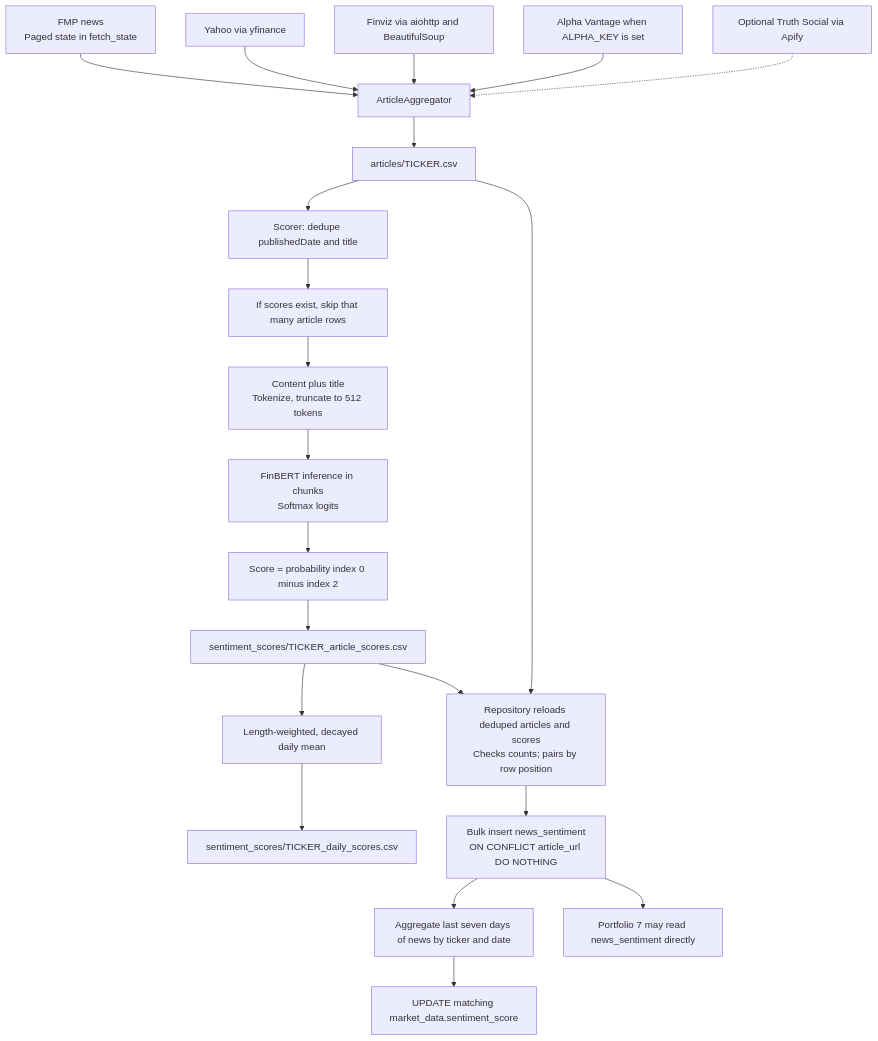
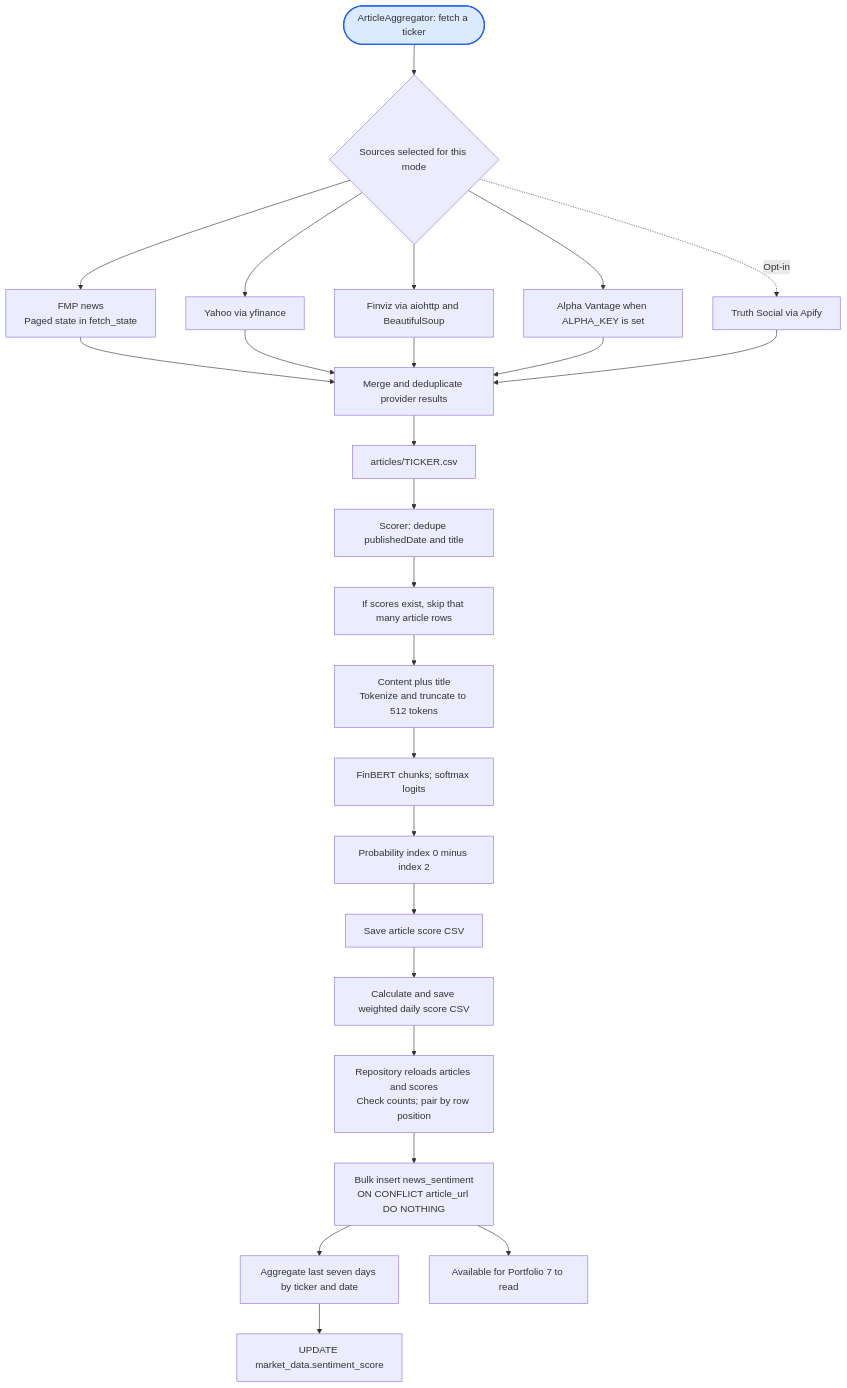
Before and after one commit to MUNQuantSociety/MQSMaster: the second of 3 diagrams in NLP/WORKFLOW.md, drawn with Mermaid. The commit also changed other lines of this file and 12 other files, not shown here.

Commit message:
docs: make workflow diagrams top-down hierarchies

````diff
--- a/NLP/WORKFLOW.md
+++ b/NLP/WORKFLOW.md
@@ -41,23 +42,28 @@
 ```mermaid
 flowchart TD
-    FMP["FMP news<br/>Paged state in fetch_state"] --> AGG["ArticleAggregator"]
-    YAHOO["Yahoo via yfinance"] --> AGG
-    FINVIZ["Finviz via aiohttp and BeautifulSoup"] --> AGG
-    ALPHA["Alpha Vantage when ALPHA_KEY is set"] --> AGG
-    TRUTH["Optional Truth Social via Apify"] -.-> AGG
+    START(["ArticleAggregator: fetch a ticker"]) --> SOURCES{"Sources selected for this mode"}
+    SOURCES --> FMP["FMP news<br/>Paged state in fetch_state"]
+    SOURCES --> YAHOO["Yahoo via yfinance"]
+    SOURCES --> FINVIZ["Finviz via aiohttp and BeautifulSoup"]
+    SOURCES --> ALPHA["Alpha Vantage when ALPHA_KEY is set"]
+    SOURCES -.->|Opt-in| TRUTH["Truth Social via Apify"]
+    FMP --> AGG["Merge and deduplicate provider results"]
+    YAHOO --> AGG
+    FINVIZ --> AGG
+    ALPHA --> AGG
+    TRUTH --> AGG
     AGG --> CSV["articles/TICKER.csv"]
     CSV --> DEDUP["Scorer: dedupe publishedDate and title"]
     DEDUP --> RESUME["If scores exist, skip that many article rows"]
-    RESUME --> TEXT["Content plus title<br/>Tokenize, truncate to 512 tokens"]
-    TEXT --> MODEL["FinBERT inference in chunks<br/>Softmax logits"]
-    MODEL --> SCORE["Score = probability index 0 minus index 2"]
-    SCORE --> AC["sentiment_scores/TICKER_article_scores.csv"]
-    AC --> DAILY["Length-weighted, decayed daily mean"]
-    DAILY --> DC["sentiment_scores/TICKER_daily_scores.csv"]
-    CSV --> PAIR["Repository reloads deduped articles and scores<br/>Checks counts; pairs by row position"]
-    AC --> PAIR
+    RESUME --> TEXT["Content plus title<br/>Tokenize and truncate to 512 tokens"]
+    TEXT --> MODEL["FinBERT chunks; softmax logits"]
+    MODEL --> SCORE["Probability index 0 minus index 2"]
+    SCORE --> AC["Save article score CSV"]
+    AC --> DAILY["Calculate and save weighted daily score CSV"]
+    DAILY --> PAIR["Repository reloads articles and scores<br/>Check counts; pair by row position"]
     PAIR --> INSERT["Bulk insert news_sentiment<br/>ON CONFLICT article_url DO NOTHING"]
-    INSERT --> SYNC["Aggregate last seven days of news by ticker and date"]
-    SYNC --> MD["UPDATE matching market_data.sentiment_score"]
-    INSERT --> P7["Portfolio 7 may read news_sentiment directly"]
+    INSERT --> SYNC["Aggregate last seven days by ticker and date"]
+    SYNC --> MD["UPDATE market_data.sentiment_score"]
+    INSERT --> P7["Available for Portfolio 7 to read"]
+    style START fill:#dbeafe,stroke:#2563eb,stroke-width:2px
 ```
````
